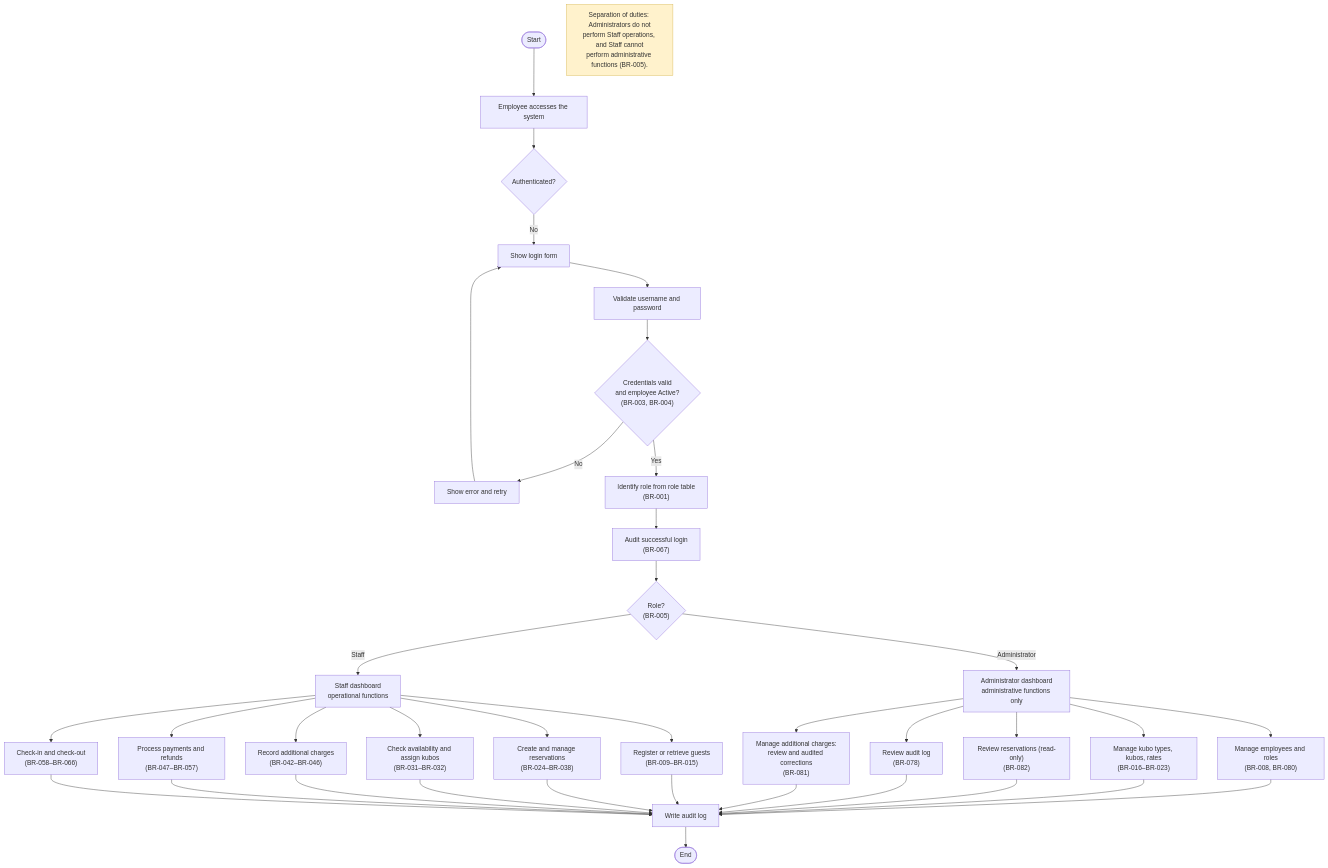
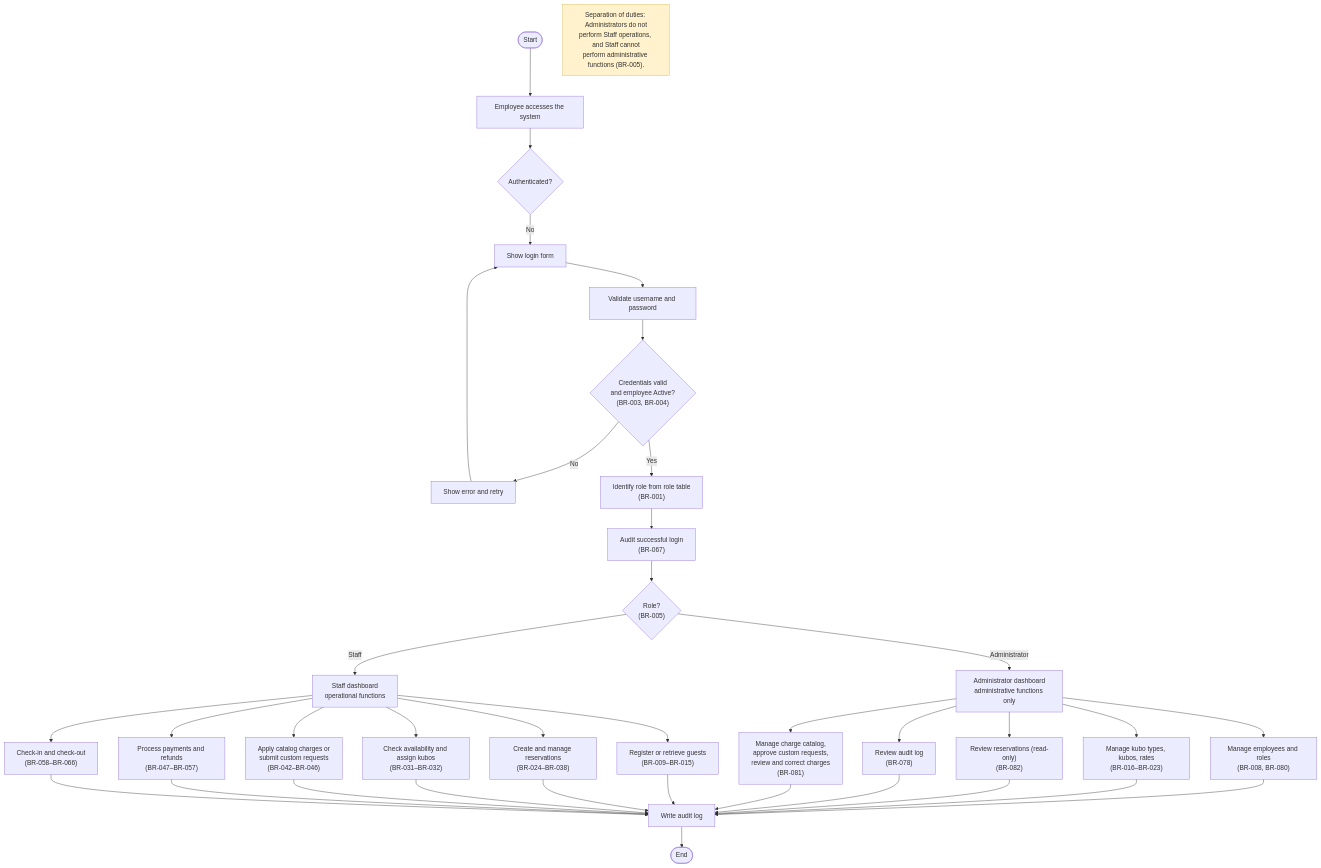
Before and after one commit to EirAndrie/KUBO_ReservationManagementSystem: the first of 15 diagrams in docs/system_flowcharts.md, drawn with Mermaid. The commit also changed other lines of this file and 12 other files, not shown here.

````diff
--- a/docs/system_flowcharts.md
+++ b/docs/system_flowcharts.md
@@ -14,44 +14,44 @@
 ```mermaid
 flowchart TD
     S([Start]) --> P1["Employee accesses the system"]
     P1 --> D1{"Authenticated?"}
     D1 -->|No| P2["Show login form"]
     P2 --> P3["Validate username and password"]
     P3 --> D2{"Credentials valid<br/>and employee Active?<br/>(BR-003, BR-004)"}
     D2 -->|No| E1["Show error and retry"]
     E1 --> P2
     D2 -->|Yes| P4["Identify role from role table<br/>(BR-001)"]
     P4 --> A1["Audit successful login<br/>(BR-067)"]
     A1 --> D3{"Role?<br/>(BR-005)"}
     D3 -->|Administrator| ADM["Administrator dashboard<br/>administrative functions only"]
     D3 -->|Staff| STF["Staff dashboard<br/>operational functions"]
 
     ADM --> ADM1["Manage employees and roles<br/>(BR-008, BR-080)"]
     ADM --> ADM2["Manage kubo types, kubos, rates<br/>(BR-016–BR-023)"]
     ADM --> ADM3["Review reservations (read-only)<br/>(BR-082)"]
     ADM --> ADM4["Review audit log<br/>(BR-078)"]
-    ADM --> ADM5["Manage additional charges:<br/>review and audited corrections<br/>(BR-081)"]
+    ADM --> ADM5["Manage charge catalog,<br/>approve custom requests,<br/>review and correct charges<br/>(BR-081)"]
 
     STF --> STF1["Register or retrieve guests<br/>(BR-009–BR-015)"]
     STF --> STF2["Create and manage reservations<br/>(BR-024–BR-038)"]
     STF --> STF3["Check availability and assign kubos<br/>(BR-031–BR-032)"]
-    STF --> STF4["Record additional charges<br/>(BR-042–BR-046)"]
+    STF --> STF4["Apply catalog charges or<br/>submit custom requests<br/>(BR-042–BR-046)"]
     STF --> STF5["Process payments and refunds<br/>(BR-047–BR-057)"]
     STF --> STF6["Check-in and check-out<br/>(BR-058–BR-066)"]
 
     ADM1 --> AUD["Write audit log"]
     ADM2 --> AUD
     ADM3 --> AUD
     ADM4 --> AUD
     ADM5 --> AUD
     STF1 --> AUD
     STF2 --> AUD
     STF3 --> AUD
     STF4 --> AUD
     STF5 --> AUD
     STF6 --> AUD
     AUD --> E2([End])
 
     N1["Separation of duties: Administrators do not<br/>perform Staff operations, and Staff cannot<br/>perform administrative functions (BR-005)."]
     style N1 fill:#fff2cc,stroke:#d6b656
 ```
````
